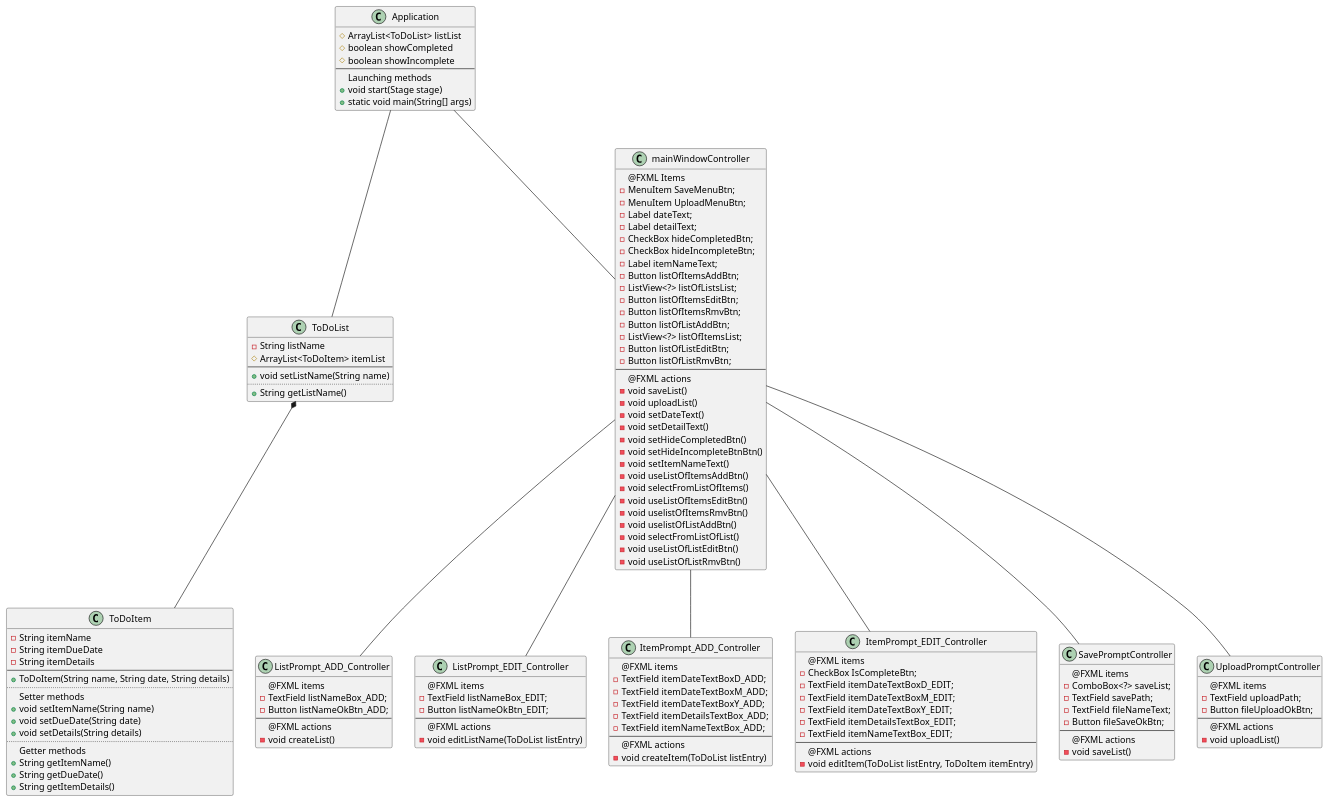
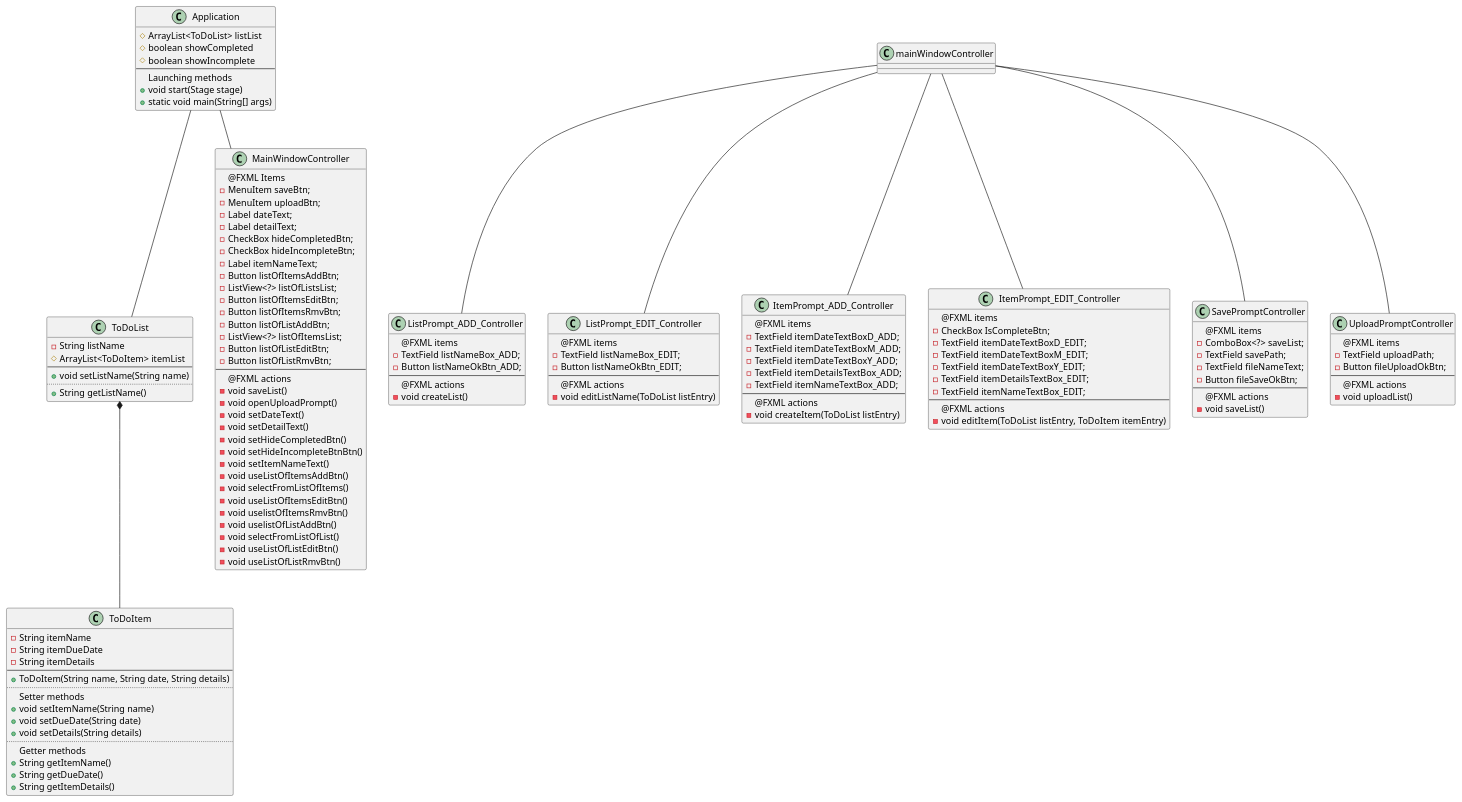
Before and after one commit to CATastrophic141/Simpson-app1-design: the diagram in PA1-ToDoApp/docs/ToDoAppUML.puml, drawn with PlantUML. The commit also changed 10 other files, not shown here.

```diff
--- a/PA1-ToDoApp/docs/ToDoAppUML.puml
+++ b/PA1-ToDoApp/docs/ToDoAppUML.puml
@@ -1,147 +1,147 @@
 @startuml
 class ToDoItem {
-- String itemName
-- String itemDueDate
-- String itemDetails
+  - String itemName
+  - String itemDueDate
+  - String itemDetails
 --
-+ ToDoItem(String name, String date, String details)
+  + ToDoItem(String name, String date, String details)
 ..
 Setter methods
-+ void setItemName(String name)
-+ void setDueDate(String date)
-+ void setDetails(String details)
+  + void setItemName(String name)
+  + void setDueDate(String date)
+  + void setDetails(String details)
 ..
 Getter methods
-+ String getItemName()
-+ String getDueDate()
-+ String getItemDetails()
+  + String getItemName()
+  + String getDueDate()
+  + String getItemDetails()
 }
 
 class ToDoList {
-- String listName
-# ArrayList<ToDoItem> itemList
+  - String listName
+  # ArrayList<ToDoItem> itemList
 --
-+ void setListName(String name)
+  + void setListName(String name)
 ..
-+ String getListName()
+  + String getListName()
 }
 ToDoList *-- ToDoItem
 Application -- ToDoList
 
 class Application {
-# ArrayList<ToDoList> listList
-# boolean showCompleted
-# boolean showIncomplete
+  # ArrayList<ToDoList> listList
+  # boolean showCompleted
+  # boolean showIncomplete
 --
 Launching methods
-+ void start(Stage stage)
-+ static void main(String[] args)
+  + void start(Stage stage)
+  + static void main(String[] args)
 }
 
-class mainWindowController {
+class MainWindowController {
     @FXML Items
-        - MenuItem SaveMenuBtn;
-        - MenuItem UploadMenuBtn;
+        - MenuItem saveBtn;
+        - MenuItem uploadBtn;
         - Label dateText;
         - Label detailText;
         - CheckBox hideCompletedBtn;
         - CheckBox hideIncompleteBtn;
         - Label itemNameText;
         - Button listOfItemsAddBtn;
         - ListView<?> listOfListsList;
         - Button listOfItemsEditBtn;
         - Button listOfItemsRmvBtn;
         - Button listOfListAddBtn;
         - ListView<?> listOfItemsList;
         - Button listOfListEditBtn;
         - Button listOfListRmvBtn;
   --
     @FXML actions
         - void saveList()
-        - void uploadList()
+        - void openUploadPrompt()
         - void setDateText()
         - void setDetailText()
         - void setHideCompletedBtn()
         - void setHideIncompleteBtnBtn()
         - void setItemNameText()
         - void useListOfItemsAddBtn()
         - void selectFromListOfItems()
         - void useListOfItemsEditBtn()
         - void uselistOfItemsRmvBtn()
         - void uselistOfListAddBtn()
         - void selectFromListOfList()
         - void useListOfListEditBtn()
         - void useListOfListRmvBtn()
 }
-Application -- mainWindowController
+Application -- MainWindowController
 
 class ListPrompt_ADD_Controller {
     @FXML items
       - TextField listNameBox_ADD;
       - Button listNameOkBtn_ADD;
 --
     @FXML actions
       - void createList()
 }
 mainWindowController -- ListPrompt_ADD_Controller
 
 class ListPrompt_EDIT_Controller {
     @FXML items
       - TextField listNameBox_EDIT;
       - Button listNameOkBtn_EDIT;
 --
     @FXML actions
       - void editListName(ToDoList listEntry)
 }
 mainWindowController -- ListPrompt_EDIT_Controller
 
 class ItemPrompt_ADD_Controller {
     @FXML items
       - TextField itemDateTextBoxD_ADD;
       - TextField itemDateTextBoxM_ADD;
       - TextField itemDateTextBoxY_ADD;
       - TextField itemDetailsTextBox_ADD;
       - TextField itemNameTextBox_ADD;
 --
     @FXML actions
       - void createItem(ToDoList listEntry)
 }
 mainWindowController -- ItemPrompt_ADD_Controller
 
 class ItemPrompt_EDIT_Controller {
     @FXML items
       - CheckBox IsCompleteBtn;
       - TextField itemDateTextBoxD_EDIT;
       - TextField itemDateTextBoxM_EDIT;
       - TextField itemDateTextBoxY_EDIT;
       - TextField itemDetailsTextBox_EDIT;
       - TextField itemNameTextBox_EDIT;
 --
     @FXML actions
       - void editItem(ToDoList listEntry, ToDoItem itemEntry)
 }
 mainWindowController -- ItemPrompt_EDIT_Controller
 
 class SavePromptController {
     @FXML items
       - ComboBox<?> saveList;
       - TextField savePath;
       - TextField fileNameText;
       - Button fileSaveOkBtn;
 --
     @FXML actions
       - void saveList()
 }
 mainWindowController -- SavePromptController
 
 class UploadPromptController {
     @FXML items
       - TextField uploadPath;
       - Button fileUploadOkBtn;
 --
     @FXML actions
       - void uploadList()
 }
 
 mainWindowController -- UploadPromptController
 @enduml
```
